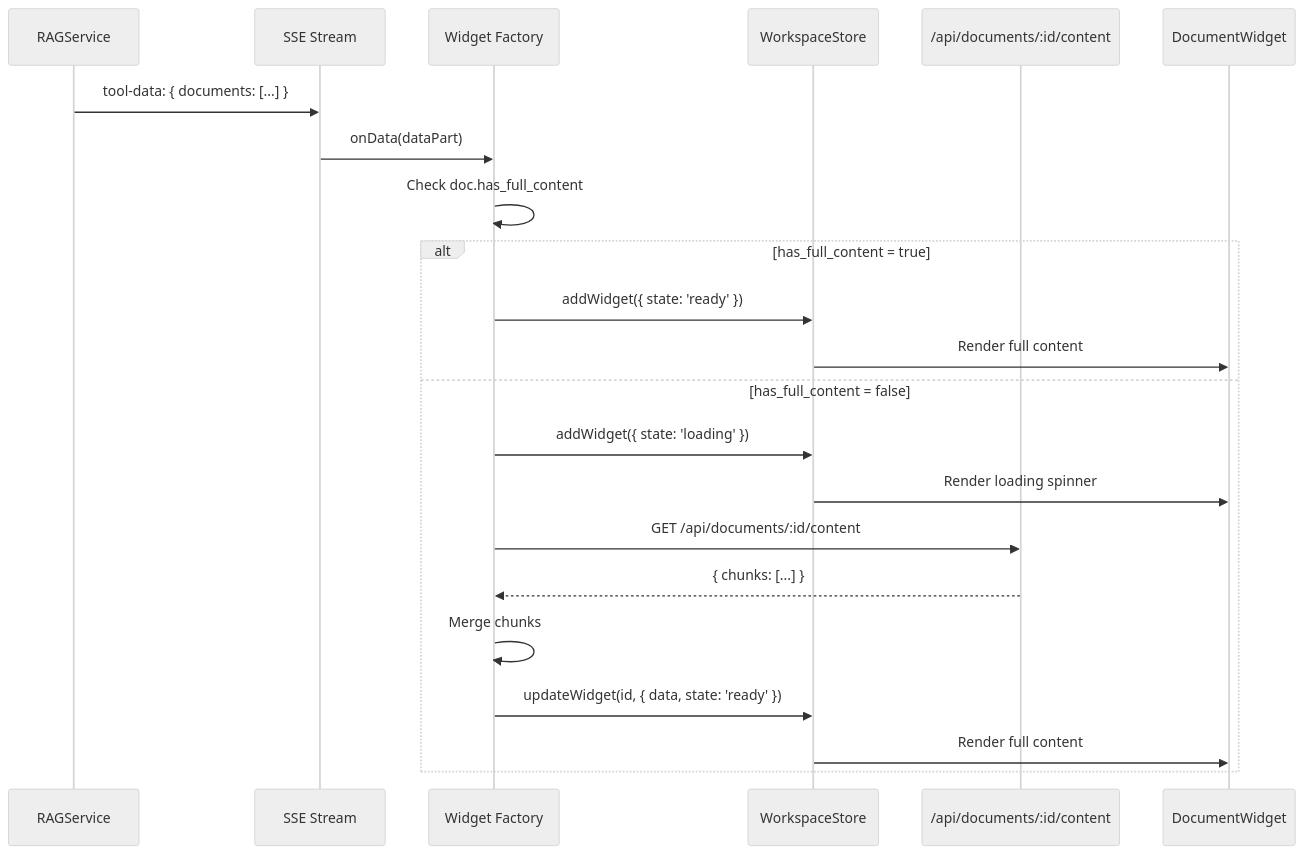
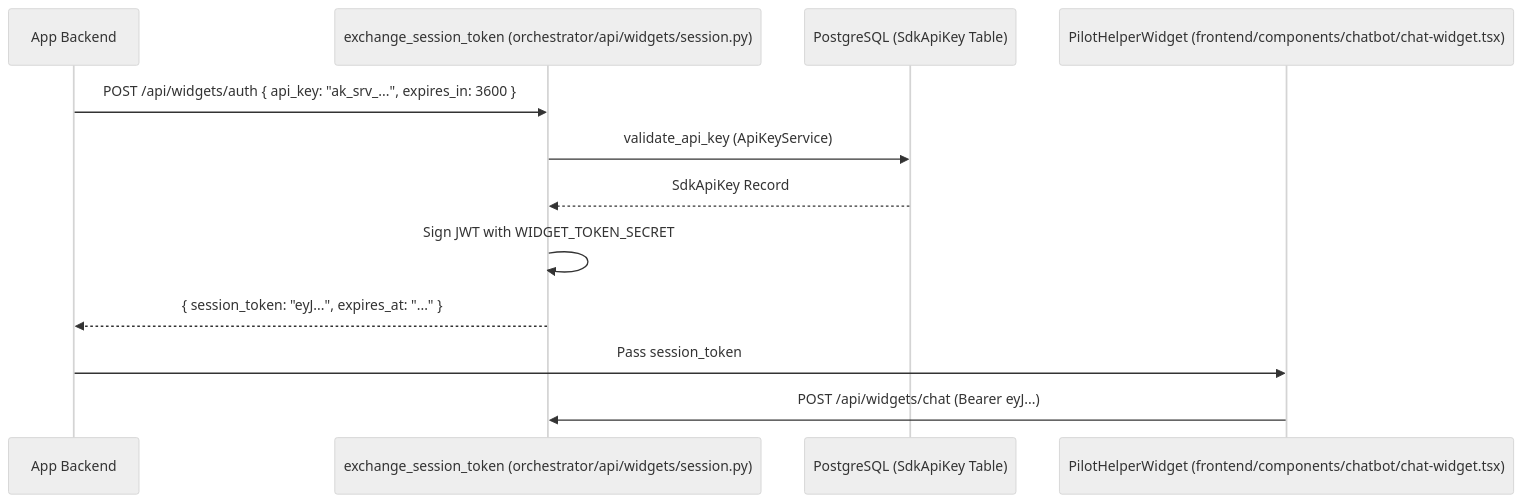
Before and after one commit to AutomatosAI/automatos-ai: the second of 2 diagrams in docs/chat-interface/widget-system.md, drawn with Mermaid (neutral theme). The commit also changed other lines of this file and 149 other files, not shown here.

Commit message:
docs: refresh documentation with graphify semantic scan

````diff
--- a/docs/chat-interface/widget-system.md
+++ b/docs/chat-interface/widget-system.md
@@ -528,26 +138,15 @@
 ```mermaid
 sequenceDiagram
-    participant Tool as RAGService
-    participant SSE as SSE Stream
-    participant Factory as Widget Factory
-    participant Store as WorkspaceStore
-    participant API as /api/documents/:id/content
-    participant Widget as DocumentWidget
-    
-    Tool->>SSE: tool-data: { documents: [...] }
-    SSE->>Factory: onData(dataPart)
-    Factory->>Factory: Check doc.has_full_content
-    
-    alt has_full_content = true
-        Factory->>Store: addWidget({ state: 'ready' })
-        Store->>Widget: Render full content
-    else has_full_content = false
-        Factory->>Store: addWidget({ state: 'loading' })
-        Store->>Widget: Render loading spinner
-        Factory->>API: GET /api/documents/:id/content
-        API-->>Factory: { chunks: [...] }
-        Factory->>Factory: Merge chunks
-        Factory->>Store: updateWidget(id, { data, state: 'ready' })
-        Store->>Widget: Render full content
-    end
+    participant AppServer as App Backend
+    participant API as exchange_session_token (orchestrator/api/widgets/session.py)
+    participant DB as PostgreSQL (SdkApiKey Table)
+    participant Browser as PilotHelperWidget (frontend/components/chatbot/chat-widget.tsx)
+
+    AppServer->>API: POST /api/widgets/auth { api_key: "ak_srv_...", expires_in: 3600 }
+    API->>DB: validate_api_key (ApiKeyService)
+    DB-->>API: SdkApiKey Record
+    API->>API: Sign JWT with WIDGET_TOKEN_SECRET
+    API-->>AppServer: { session_token: "eyJ...", expires_at: "..." }
+    AppServer->>Browser: Pass session_token
+    Browser->>API: POST /api/widgets/chat (Bearer eyJ...)
 ```
````
